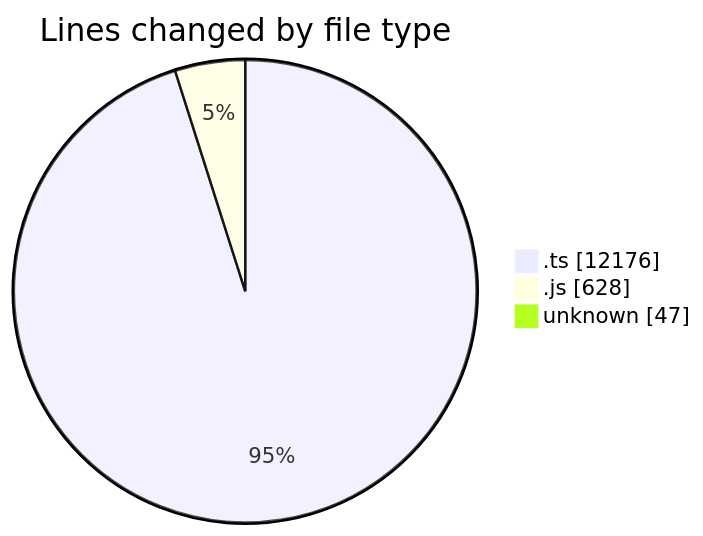
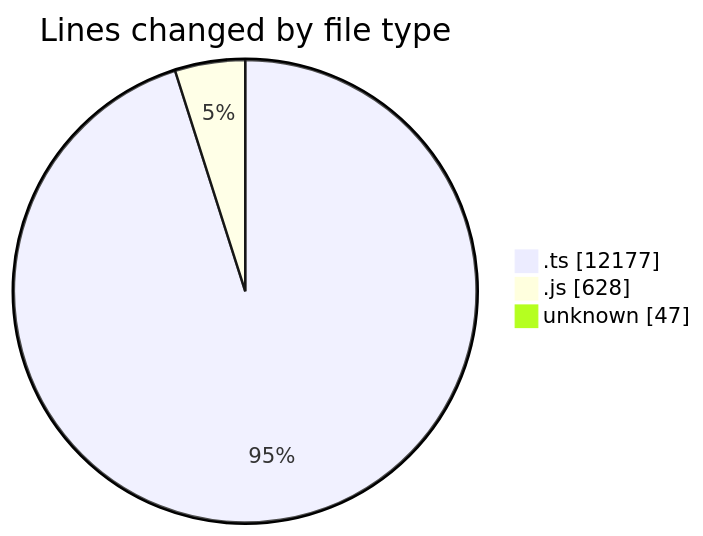
The first of 2 diagrams in 2025-09-05/cda/README.md (momahboobian/code-tracking), drawn with Mermaid before and after one commit. The commit also changed other lines of this file and 1 other file, not shown here.

````diff
--- a/2025-09-05/cda/README.md
+++ b/2025-09-05/cda/README.md
@@ -25,7 +25,7 @@
 ```mermaid
 pie showData
 title Lines changed by file type
-".ts" : 12176
+".ts" : 12177
 ".js" : 628
 "unknown" : 47
 ```
````
